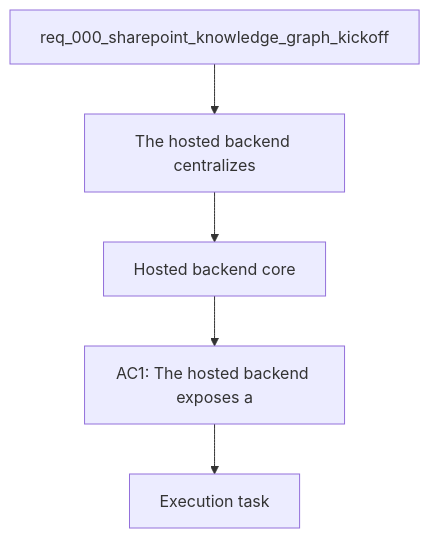
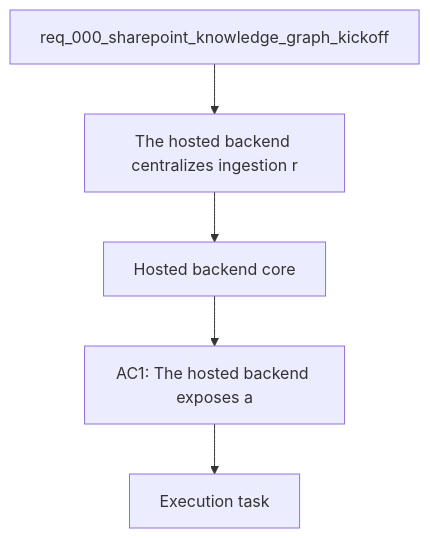
The diagram in logics/backlog/item_011_hosted_backend_core.md (AlexAgo83/deepvault), drawn with Mermaid before and after one commit. The commit also changed other lines of this file and 28 other files, not shown here.

````diff
--- a/logics/backlog/item_011_hosted_backend_core.md
+++ b/logics/backlog/item_011_hosted_backend_core.md
@@ -21,9 +21,9 @@
 ```mermaid
 %% logics-kind: backlog
 %% logics-signature: backlog|hosted-backend-core|req-000-sharepoint-knowledge-graph-kicko|the-hosted-backend-centralizes-ingestion|ac1-the-hosted-backend-exposes-a
 flowchart TD
-    Request[req_000_sharepoint_knowledge_graph_kickoff] --> Problem[The hosted backend centralizes]
+    Request[req_000_sharepoint_knowledge_graph_kickoff] --> Problem[The hosted backend centralizes ingestion r]
     Problem --> Scope[Hosted backend core]
     Scope --> Acceptance[AC1: The hosted backend exposes a]
     Acceptance --> Tasks[Execution task]
 ```
````
